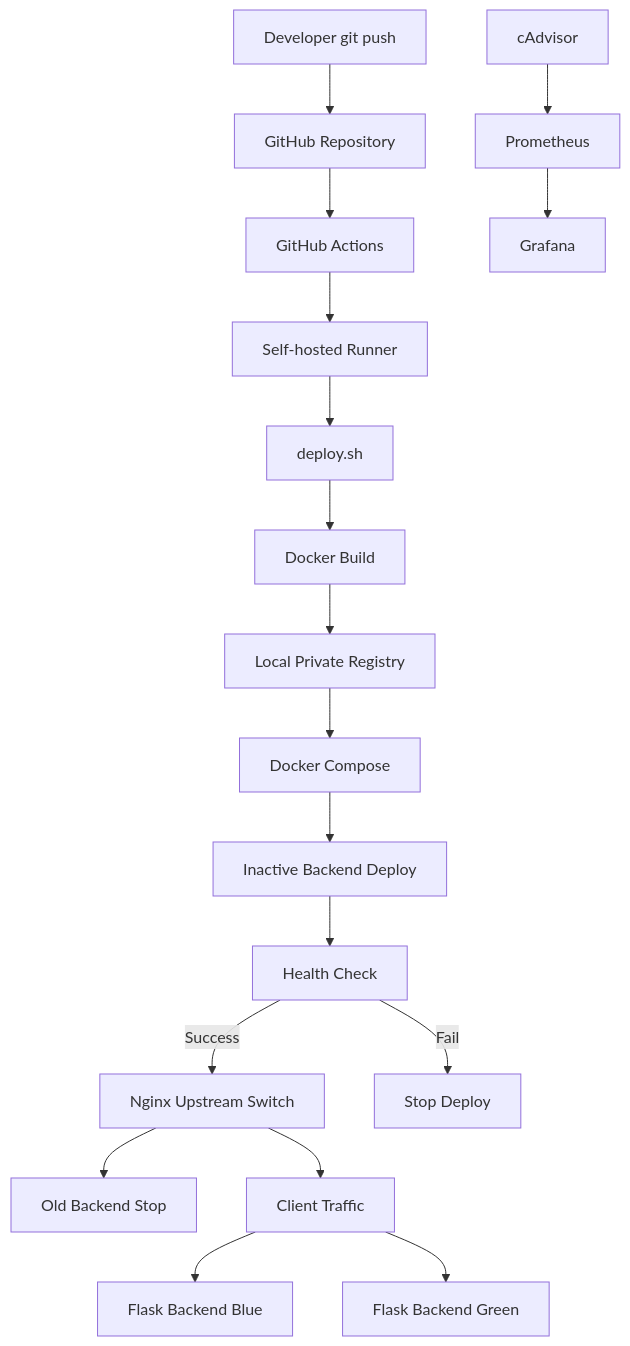
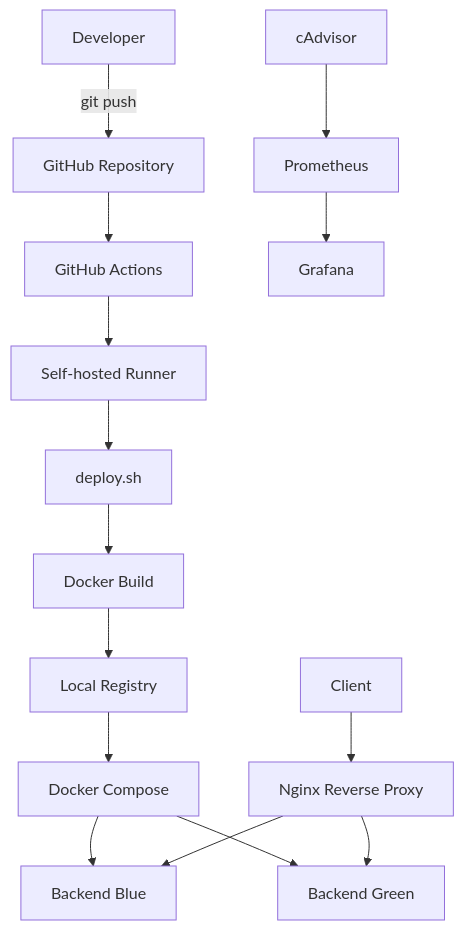
The diagram in README.md (Yangdongho/mini-deploy-pipeline), drawn with Mermaid before and after one commit. The commit also changed other lines of this file, not shown here.

````diff
--- a/README.md
+++ b/README.md
@@ -30,25 +32,21 @@
 ```mermaid
 flowchart TD
-    A[Developer git push] --> B[GitHub Repository]
+    A[Developer] -->|git push| B[GitHub Repository]
     B --> C[GitHub Actions]
     C --> D[Self-hosted Runner]
     D --> E[deploy.sh]
 
     E --> F[Docker Build]
-    F --> G[Local Private Registry]
+    F --> G[Local Registry]
     G --> H[Docker Compose]
 
-    H --> I[Inactive Backend Deploy]
-    I --> J[Health Check]
-    J -->|Success| K[Nginx Upstream Switch]
-    J -->|Fail| L[Stop Deploy]
+    H --> I[Backend Blue]
+    H --> J[Backend Green]
 
-    K --> M[Old Backend Stop]
-    K --> N[Client Traffic]
+    K[Nginx Reverse Proxy] --> I
+    K --> J
+    L[Client] --> K
 
-    N --> O[Flask Backend Blue]
-    N --> P[Flask Backend Green]
-
-    Q[cAdvisor] --> R[Prometheus]
-    R --> S[Grafana]
+    M[cAdvisor] --> N[Prometheus]
+    N --> O[Grafana]
 ```
````
